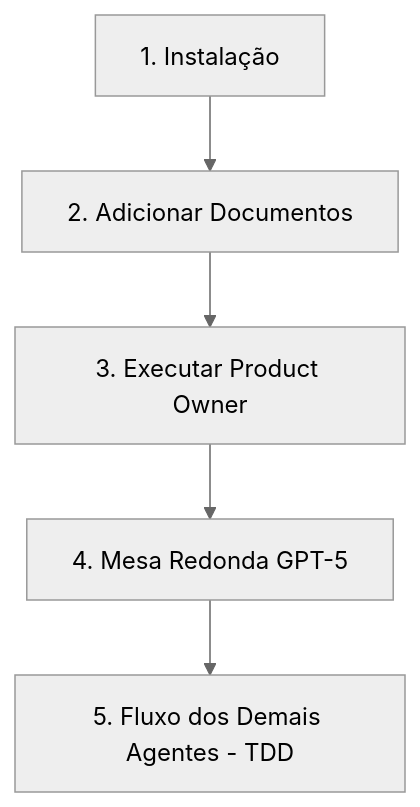
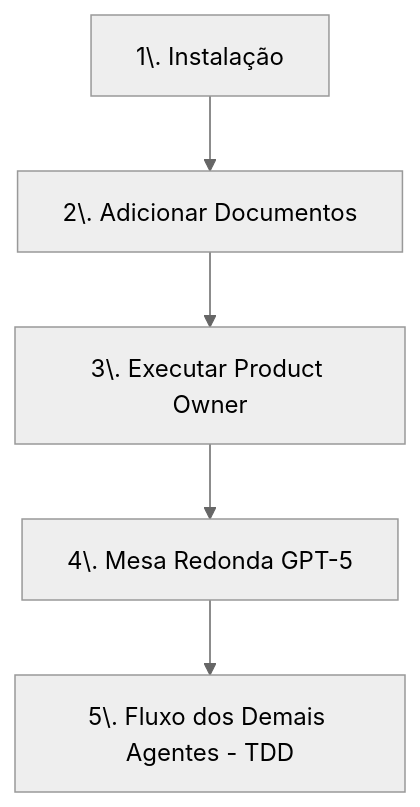
One commit to eliterickytech/WorkflowAgentsAI changed the diagram in docs/fluxo-completo.md. Above: the diagram before and after it, drawn with Mermaid (neutral theme). The commit also changed other lines of this file and 59 other files, not shown here.

Commit message:
:sparkles: docs - prompts prontos por fluxo; mesa redonda dinâmica por tema; instalador ajusta scripts e super-prompt; roteiros frontend e csharp

````diff
--- a/docs/fluxo-completo.md
+++ b/docs/fluxo-completo.md
@@ -5,7 +5,7 @@
 ```mermaid
 graph TD
-    A[1. Instalação] --> B[2. Adicionar Documentos]
-    B --> C[3. Executar Product Owner]
-    C --> D[4. Mesa Redonda GPT-5]
-    D --> E[5. Fluxo dos Demais Agentes - TDD]
+    A[1\. Instalação] --> B[2\. Adicionar Documentos]
+    B --> C[3\. Executar Product Owner]
+    C --> D[4\. Mesa Redonda GPT-5]
+    D --> E[5\. Fluxo dos Demais Agentes - TDD]
 ```
````
